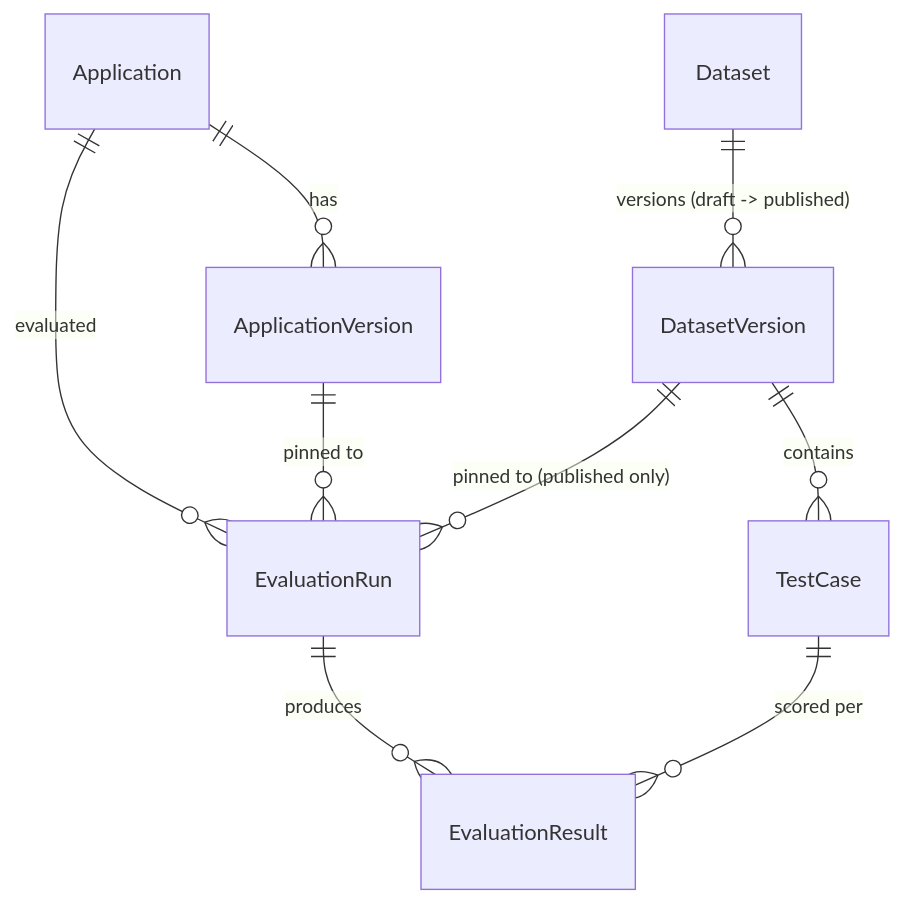
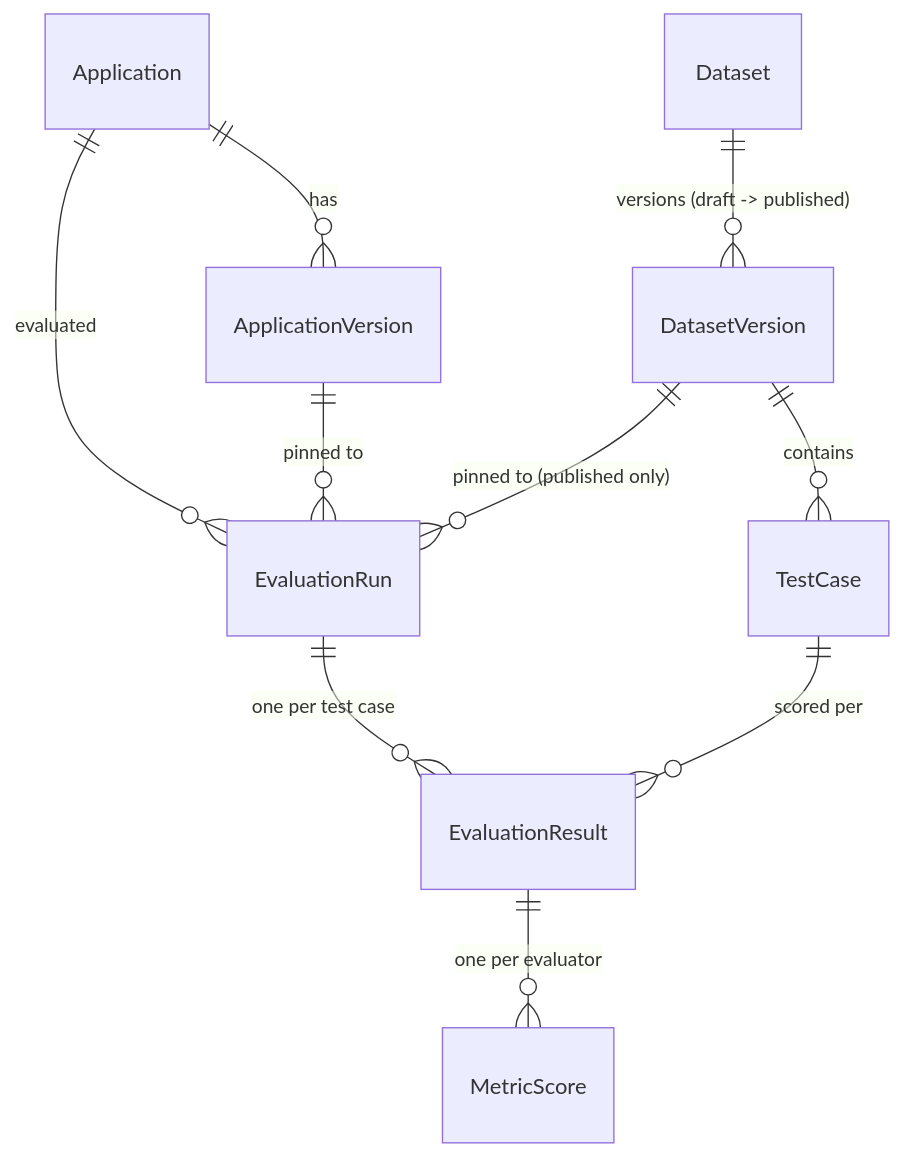
The second of 2 diagrams in docs/architecture.md (roshano3o3/agentforge), drawn with Mermaid before and after one commit. The commit also changed other lines of this file and 78 other files, not shown here.

````diff
--- a/docs/architecture.md
+++ b/docs/architecture.md
@@ -78,11 +97,12 @@
 ```mermaid
 erDiagram
     Application ||--o{ ApplicationVersion : has
     Dataset ||--o{ DatasetVersion : "versions (draft -> published)"
     DatasetVersion ||--o{ TestCase : contains
     Application ||--o{ EvaluationRun : evaluated
     ApplicationVersion ||--o{ EvaluationRun : "pinned to"
     DatasetVersion ||--o{ EvaluationRun : "pinned to (published only)"
-    EvaluationRun ||--o{ EvaluationResult : produces
+    EvaluationRun ||--o{ EvaluationResult : "one per test case"
     TestCase ||--o{ EvaluationResult : "scored per"
+    EvaluationResult ||--o{ MetricScore : "one per evaluator"
 ```
````
